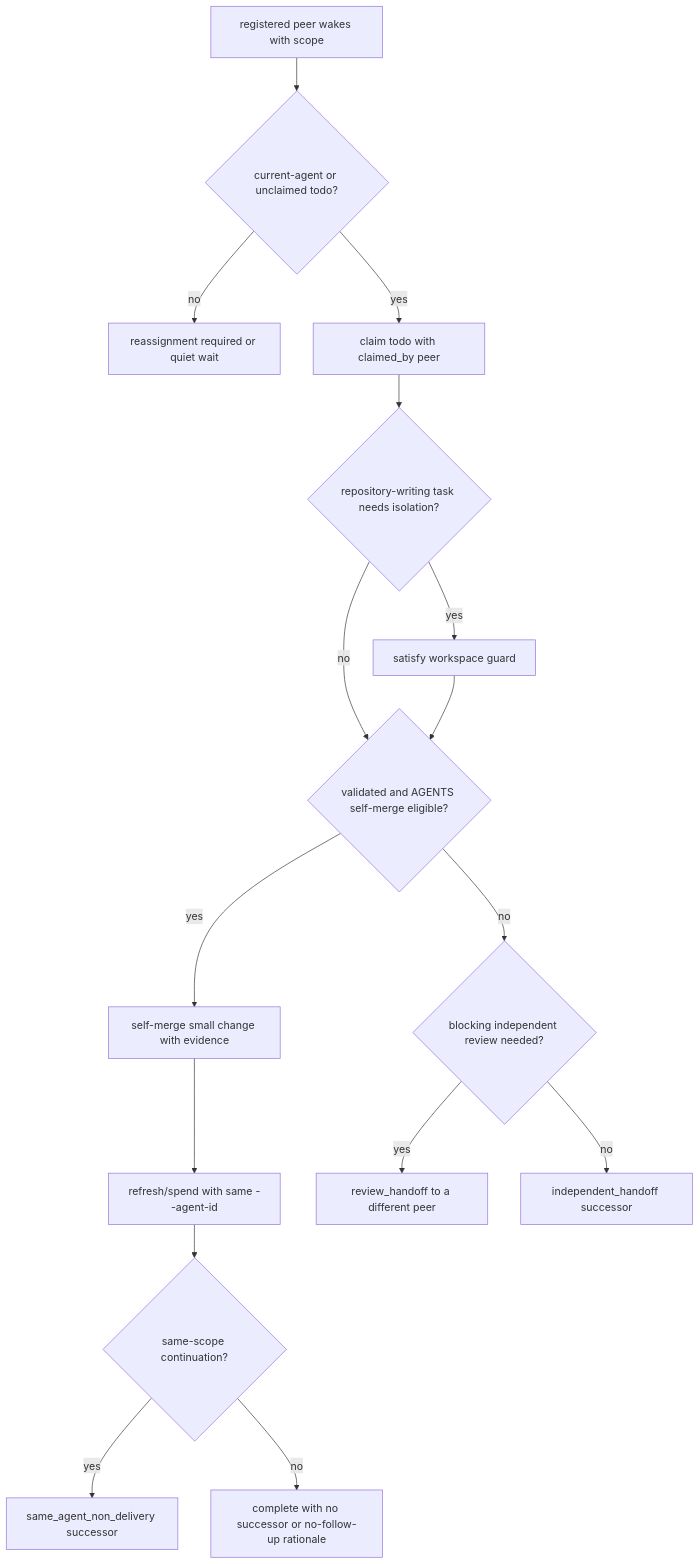
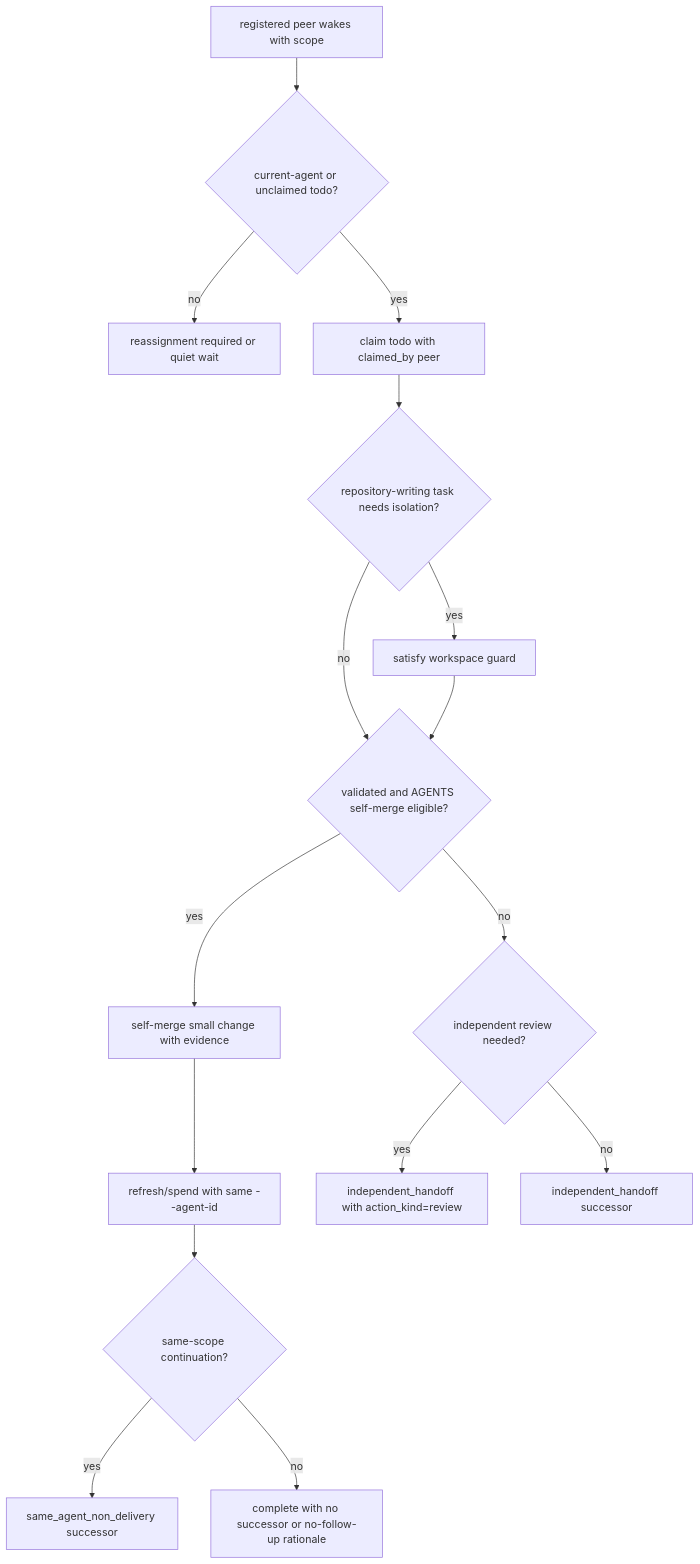
Diagram 20 of 31 in docs/interaction-pattern-catalog.md (huangruiteng/goal-harness), drawn with Mermaid before and after one commit. The commit also changed other lines of this file and 15 other files, not shown here.

Commit message:
docs(todos): describe review as an ordinary handoff

````diff
--- a/docs/interaction-pattern-catalog.md
+++ b/docs/interaction-pattern-catalog.md
@@ -1479,18 +1479,18 @@
 ```mermaid
 flowchart TD
   S["registered peer wakes with scope"] --> T{"current-agent or unclaimed todo?"}
   T -->|"no"| Q["reassignment required or quiet wait"]
   T -->|"yes"| C["claim todo with claimed_by peer"]
   C --> W{"repository-writing task needs isolation?"}
   W -->|"yes"| B["satisfy workspace guard"]
   W -->|"no"| V
   B --> V{"validated and AGENTS self-merge eligible?"}
   V -->|"yes"| M["self-merge small change with evidence"]
   M --> I["refresh/spend with same --agent-id"]
   I --> K{"same-scope continuation?"}
   K -->|"yes"| N["same_agent_non_delivery successor"]
   K -->|"no"| X["complete with no successor or no-follow-up rationale"]
-  V -->|"no"| R{"blocking independent review needed?"}
-  R -->|"yes"| P["review_handoff to a different peer"]
+  V -->|"no"| R{"independent review needed?"}
+  R -->|"yes"| P["independent_handoff with action_kind=review"]
   R -->|"no"| H["independent_handoff successor"]
 ```
````
